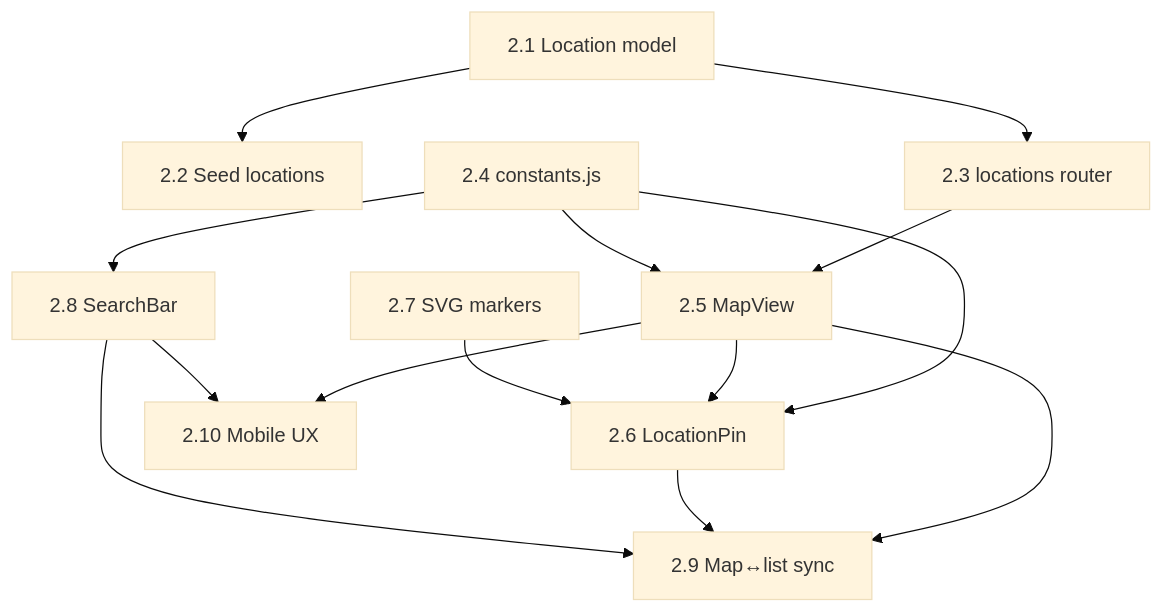
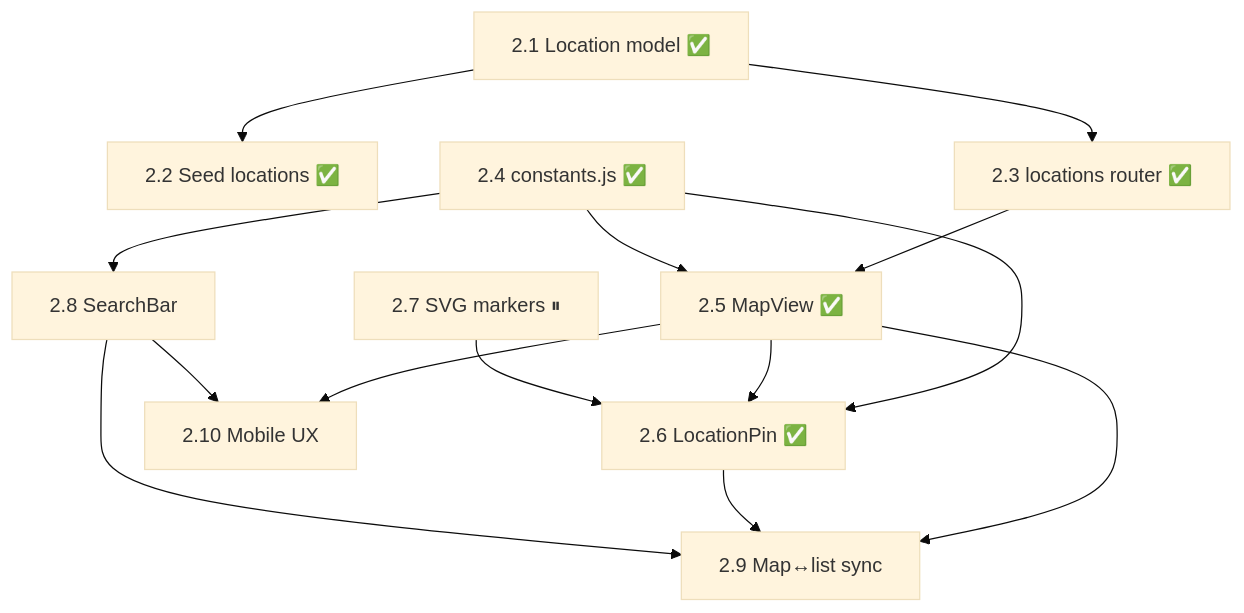
Before and after one commit to matthewpaolosbilo/claude-impact-lab-melbourne-team-5: the diagram in docs/dev2-dependencies.md, drawn with Mermaid (base theme). The commit also changed other lines of this file and 4 other files, not shown here.

````diff
--- a/docs/dev2-dependencies.md
+++ b/docs/dev2-dependencies.md
@@ -30,16 +32,16 @@
 ```mermaid
 graph TD
-    2.1[2.1 Location model] --> 2.2[2.2 Seed locations]
-    2.1 --> 2.3[2.3 locations router]
-    2.3 --> 2.5[2.5 MapView]
-    2.4[2.4 constants.js] --> 2.5
-    2.4 --> 2.6[2.6 LocationPin]
+    2.1[2.1 Location model ✅] --> 2.2[2.2 Seed locations ✅]
+    2.1 --> 2.3[2.3 locations router ✅]
+    2.3 --> 2.5[2.5 MapView ✅]
+    2.4[2.4 constants.js ✅] --> 2.5
+    2.4 --> 2.6[2.6 LocationPin ✅]
     2.4 --> 2.8[2.8 SearchBar]
     2.5 --> 2.6
-    2.7[2.7 SVG markers] --> 2.6
+    2.7[2.7 SVG markers ⏸] --> 2.6
     2.5 --> 2.9[2.9 Map↔list sync]
     2.6 --> 2.9
     2.8 --> 2.9
     2.5 --> 2.10[2.10 Mobile UX]
     2.8 --> 2.10
 ```
````
